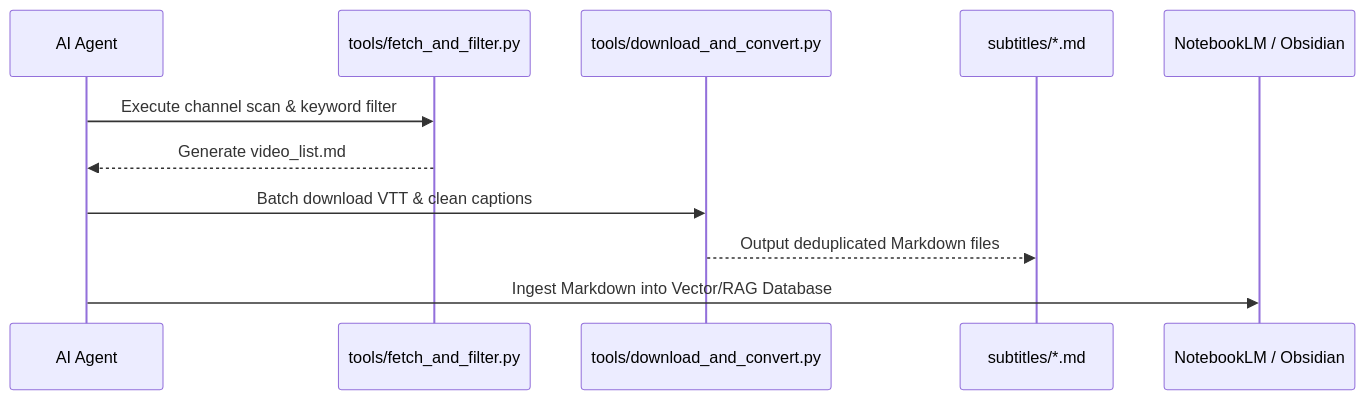
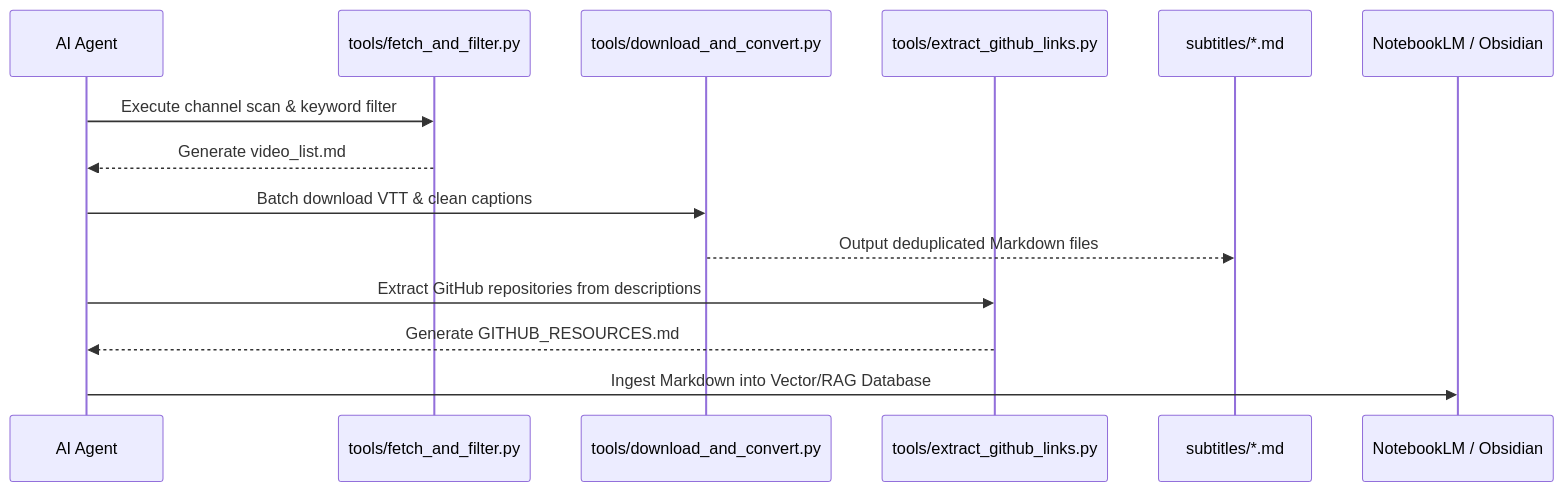
Before and after one commit to LalaHung/AI_Agent_KB: the second of 2 diagrams in AGENTS.md, drawn with Mermaid. The commit also changed other lines of this file and 1 other file, not shown here.

Commit message:
docs: 更新 AGENTS.md 工具鏈與全域技能規格，重構 agent.md 指引

````diff
--- a/AGENTS.md
+++ b/AGENTS.md
@@ -47,14 +54,17 @@
 ```mermaid
 sequenceDiagram
     participant Agent as AI Agent
     participant Fetcher as tools/fetch_and_filter.py
     participant Converter as tools/download_and_convert.py
+    participant Extractor as tools/extract_github_links.py
     participant Storage as subtitles/*.md
     participant VectorKB as NotebookLM / Obsidian
 
     Agent->>Fetcher: Execute channel scan & keyword filter
     Fetcher-->>Agent: Generate video_list.md
     Agent->>Converter: Batch download VTT & clean captions
     Converter-->>Storage: Output deduplicated Markdown files
+    Agent->>Extractor: Extract GitHub repositories from descriptions
+    Extractor-->>Agent: Generate GITHUB_RESOURCES.md
     Agent->>VectorKB: Ingest Markdown into Vector/RAG Database
 ```
````
